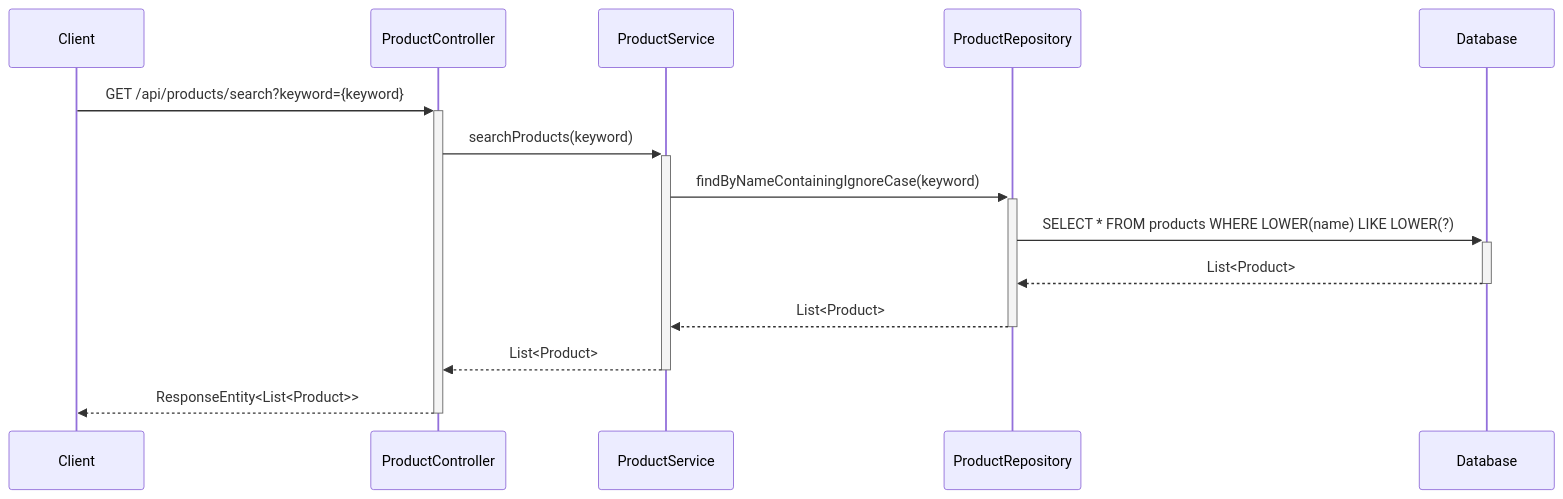
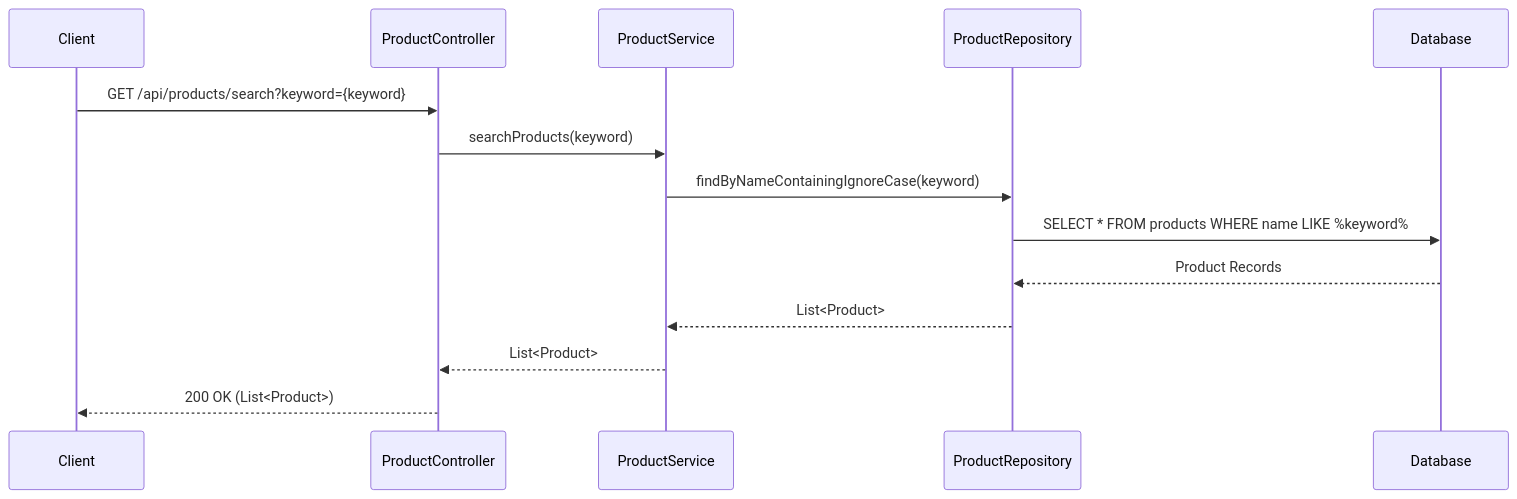
The ninth of 13 diagrams in docs/LLD/lld.md (NavneetBN47/aava-ecom-demo), drawn with Mermaid before and after one commit. The commit also changed other lines of this file, not shown here.

````diff
--- a/docs/LLD/lld.md
+++ b/docs/LLD/lld.md
@@ -366,17 +371,17 @@
 ```mermaid
 sequenceDiagram
     participant Client
     participant ProductController
     participant ProductService
     participant ProductRepository
     participant Database
-    
-    Client->>+ProductController: GET /api/products/search?keyword={keyword}
-    ProductController->>+ProductService: searchProducts(keyword)
-    ProductService->>+ProductRepository: findByNameContainingIgnoreCase(keyword)
-    ProductRepository->>+Database: SELECT * FROM products WHERE LOWER(name) LIKE LOWER(?)
-    Database-->>-ProductRepository: List<Product>
-    ProductRepository-->>-ProductService: List<Product>
-    ProductService-->>-ProductController: List<Product>
-    ProductController-->>-Client: ResponseEntity<List<Product>>
+
+    Client->>ProductController: GET /api/products/search?keyword={keyword}
+    ProductController->>ProductService: searchProducts(keyword)
+    ProductService->>ProductRepository: findByNameContainingIgnoreCase(keyword)
+    ProductRepository->>Database: SELECT * FROM products WHERE name LIKE %keyword%
+    Database-->>ProductRepository: Product Records
+    ProductRepository-->>ProductService: List<Product>
+    ProductService-->>ProductController: List<Product>
+    ProductController-->>Client: 200 OK (List<Product>)
 ```
````
